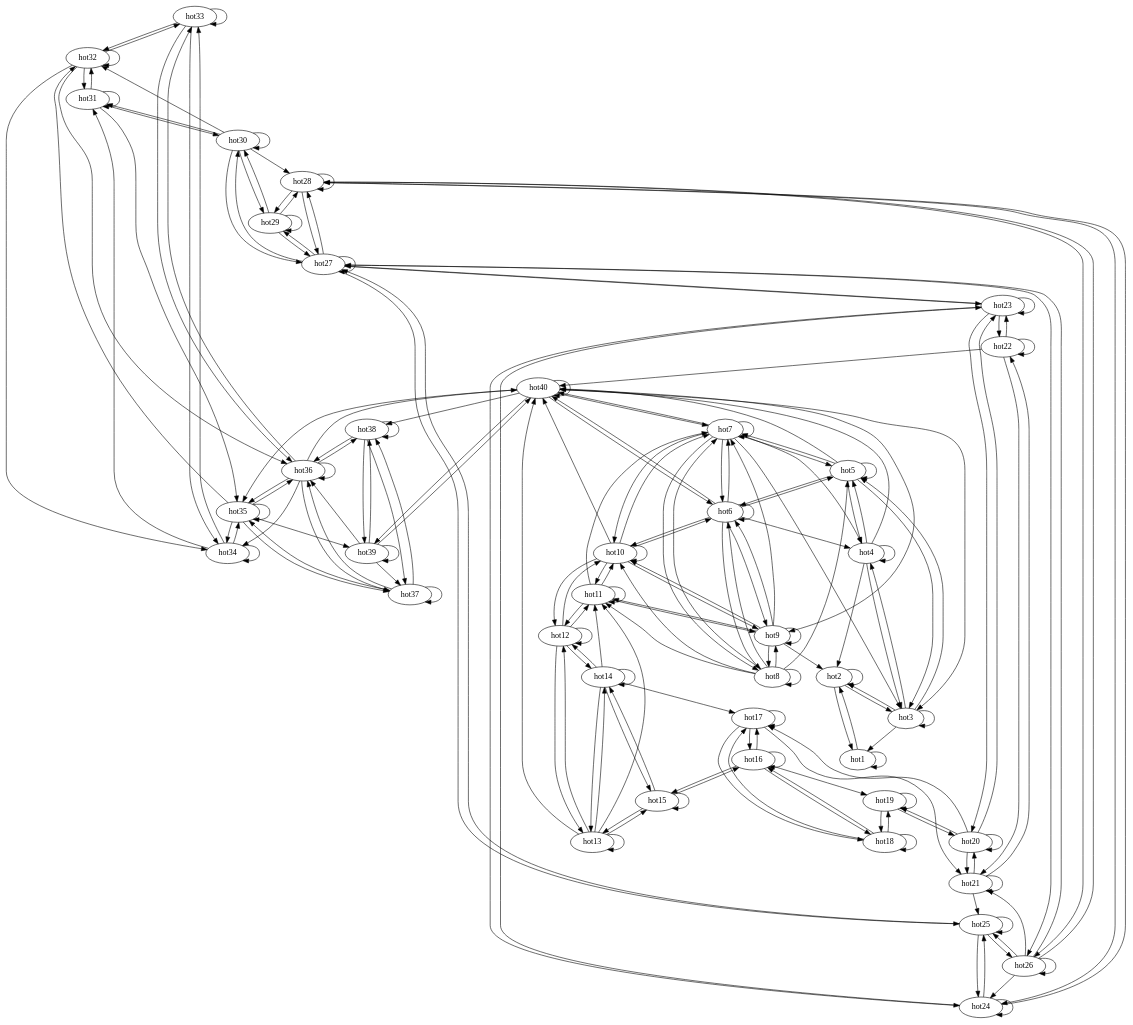
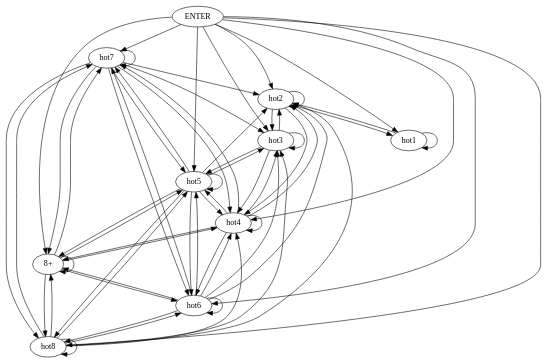
Before and after one commit to mattburg/Larry: the diagram in src/analysis/test.dot, drawn with Graphviz. The commit also changed 1 other file, not shown here.

```diff
--- a/src/analysis/test.dot
+++ b/src/analysis/test.dot
@@ -1,207 +1,66 @@
 digraph  {
-	hot33 -> hot32	 [weight=9];
-	hot33 -> hot34	 [weight=71];
-	hot33 -> hot33	 [weight=556];
-	hot33 -> hot36	 [weight=1];
-	hot14 -> hot11	 [weight=1];
-	hot14 -> hot13	 [weight=17];
-	hot14 -> hot15	 [weight=76];
-	hot14 -> hot17	 [weight=1];
-	hot14 -> hot14	 [weight=595];
-	hot14 -> hot12	 [weight=1];
-	hot13 -> hot40	 [weight=1];
-	hot13 -> hot11	 [weight=2];
-	hot13 -> hot13	 [weight=713];
-	hot13 -> hot15	 [weight=1];
-	hot13 -> hot14	 [weight=74];
-	hot13 -> hot12	 [weight=16];
-	hot12 -> hot10	 [weight=1];
-	hot12 -> hot11	 [weight=10];
-	hot12 -> hot13	 [weight=74];
-	hot12 -> hot14	 [weight=1];
-	hot12 -> hot12	 [weight=630];
-	hot37 -> hot38	 [weight=83];
-	hot37 -> hot35	 [weight=1];
-	hot37 -> hot37	 [weight=643];
-	hot37 -> hot36	 [weight=20];
-	hot36 -> hot40	 [weight=1];
-	hot36 -> hot34	 [weight=2];
-	hot36 -> hot33	 [weight=1];
-	hot36 -> hot38	 [weight=1];
-	hot36 -> hot35	 [weight=25];
-	hot36 -> hot37	 [weight=79];
-	hot36 -> hot36	 [weight=684];
-	hot17 -> hot16	 [weight=15];
-	hot17 -> hot17	 [weight=507];
-	hot17 -> hot21	 [weight=1];
-	hot17 -> hot18	 [weight=64];
-	hot30 -> hot30	 [weight=609];
-	hot30 -> hot31	 [weight=71];
-	hot30 -> hot32	 [weight=1];
-	hot30 -> hot29	 [weight=18];
-	hot30 -> hot27	 [weight=2];
-	hot30 -> hot28	 [weight=2];
-	hot15 -> hot16	 [weight=67];
-	hot15 -> hot13	 [weight=1];
-	hot15 -> hot15	 [weight=539];
-	hot15 -> hot14	 [weight=19];
-	hot32 -> hot31	 [weight=14];
-	hot32 -> hot32	 [weight=591];
-	hot32 -> hot34	 [weight=1];
-	hot32 -> hot33	 [weight=65];
-	hot32 -> hot36	 [weight=1];
-	hot19 -> hot19	 [weight=540];
-	hot19 -> hot20	 [weight=72];
-	hot19 -> hot18	 [weight=13];
-	hot18 -> hot19	 [weight=67];
-	hot18 -> hot16	 [weight=1];
-	hot18 -> hot17	 [weight=11];
-	hot18 -> hot18	 [weight=527];
-	hot39 -> hot40	 [weight=73];
-	hot39 -> hot38	 [weight=16];
-	hot39 -> hot39	 [weight=564];
-	hot39 -> hot37	 [weight=1];
-	hot39 -> hot36	 [weight=1];
-	hot38 -> hot38	 [weight=618];
-	hot38 -> hot39	 [weight=75];
-	hot38 -> hot37	 [weight=25];
-	hot38 -> hot36	 [weight=1];
-	hot40 -> hot7	 [weight=1];
-	hot40 -> hot40	 [weight=544];
-	hot40 -> hot9	 [weight=2];
-	hot40 -> hot6	 [weight=1];
-	hot40 -> hot38	 [weight=1];
-	hot40 -> hot35	 [weight=1];
-	hot40 -> hot39	 [weight=17];
-	hot40 -> hot3	 [weight=1];
-	hot6 -> hot7	 [weight=69];
-	hot6 -> hot40	 [weight=1];
-	hot6 -> hot8	 [weight=4];
-	hot6 -> hot10	 [weight=2];
-	hot6 -> hot9	 [weight=1];
-	hot6 -> hot4	 [weight=5];
-	hot6 -> hot6	 [weight=536];
-	hot6 -> hot5	 [weight=24];
-	hot26 -> hot26	 [weight=473];
-	hot26 -> hot24	 [weight=2];
-	hot26 -> hot21	 [weight=1];
-	hot26 -> hot27	 [weight=61];
-	hot26 -> hot25	 [weight=14];
-	hot26 -> hot28	 [weight=2];
-	hot27 -> hot30	 [weight=3];
-	hot27 -> hot26	 [weight=11];
-	hot27 -> hot23	 [weight=1];
-	hot27 -> hot29	 [weight=1];
-	hot27 -> hot27	 [weight=495];
-	hot27 -> hot25	 [weight=1];
-	hot27 -> hot28	 [weight=64];
-	hot24 -> hot23	 [weight=9];
-	hot24 -> hot24	 [weight=598];
-	hot24 -> hot25	 [weight=80];
-	hot24 -> hot28	 [weight=1];
-	hot25 -> hot26	 [weight=68];
-	hot25 -> hot24	 [weight=28];
-	hot25 -> hot27	 [weight=1];
-	hot25 -> hot25	 [weight=537];
-	hot22 -> hot22	 [weight=554];
-	hot22 -> hot40	 [weight=1];
-	hot22 -> hot23	 [weight=70];
-	hot22 -> hot21	 [weight=13];
-	hot23 -> hot22	 [weight=16];
-	hot23 -> hot23	 [weight=555];
-	hot23 -> hot24	 [weight=63];
-	hot23 -> hot20	 [weight=3];
-	hot23 -> hot27	 [weight=1];
-	hot20 -> hot19	 [weight=18];
-	hot20 -> hot23	 [weight=3];
-	hot20 -> hot20	 [weight=638];
-	hot20 -> hot17	 [weight=1];
-	hot20 -> hot21	 [weight=73];
-	hot21 -> hot22	 [weight=67];
-	hot21 -> hot20	 [weight=20];
-	hot21 -> hot21	 [weight=586];
-	hot21 -> hot25	 [weight=1];
-	hot28 -> hot26	 [weight=2];
-	hot28 -> hot24	 [weight=1];
-	hot28 -> hot29	 [weight=70];
-	hot28 -> hot27	 [weight=12];
-	hot28 -> hot28	 [weight=510];
-	hot29 -> hot30	 [weight=74];
-	hot29 -> hot29	 [weight=587];
-	hot29 -> hot27	 [weight=4];
-	hot29 -> hot28	 [weight=16];
-	hot7 -> hot7	 [weight=559];
-	hot7 -> hot40	 [weight=3];
-	hot7 -> hot8	 [weight=69];
-	hot7 -> hot10	 [weight=1];
-	hot7 -> hot4	 [weight=2];
-	hot7 -> hot6	 [weight=25];
-	hot7 -> hot3	 [weight=1];
-	hot7 -> hot5	 [weight=8];
-	hot35 -> hot32	 [weight=1];
-	hot35 -> hot34	 [weight=18];
-	hot35 -> hot35	 [weight=737];
-	hot35 -> hot39	 [weight=1];
-	hot35 -> hot37	 [weight=1];
-	hot35 -> hot36	 [weight=86];
-	hot5 -> hot7	 [weight=5];
-	hot5 -> hot40	 [weight=1];
-	hot5 -> hot4	 [weight=26];
-	hot5 -> hot6	 [weight=57];
-	hot5 -> hot3	 [weight=5];
-	hot5 -> hot5	 [weight=403];
-	hot4 -> hot40	 [weight=1];
-	hot4 -> hot4	 [weight=494];
-	hot4 -> hot2	 [weight=3];
-	hot4 -> hot3	 [weight=30];
-	hot4 -> hot5	 [weight=49];
-	hot3 -> hot4	 [weight=42];
-	hot3 -> hot1	 [weight=1];
-	hot3 -> hot2	 [weight=31];
-	hot3 -> hot3	 [weight=454];
-	hot3 -> hot5	 [weight=2];
-	hot2 -> hot1	 [weight=20];
-	hot2 -> hot2	 [weight=805];
-	hot2 -> hot3	 [weight=33];
-	hot1 -> hot1	 [weight=723];
-	hot1 -> hot2	 [weight=16];
-	hot34 -> hot31	 [weight=1];
-	hot34 -> hot34	 [weight=641];
-	hot34 -> hot33	 [weight=13];
-	hot34 -> hot35	 [weight=77];
-	hot11 -> hot7	 [weight=1];
-	hot11 -> hot10	 [weight=10];
-	hot11 -> hot9	 [weight=1];
-	hot11 -> hot11	 [weight=590];
-	hot11 -> hot12	 [weight=65];
-	hot9 -> hot7	 [weight=5];
-	hot9 -> hot8	 [weight=23];
-	hot9 -> hot10	 [weight=64];
-	hot9 -> hot9	 [weight=569];
-	hot9 -> hot11	 [weight=1];
-	hot9 -> hot6	 [weight=5];
-	hot9 -> hot2	 [weight=1];
-	hot8 -> hot7	 [weight=14];
-	hot8 -> hot8	 [weight=586];
-	hot8 -> hot10	 [weight=2];
-	hot8 -> hot9	 [weight=78];
-	hot8 -> hot11	 [weight=2];
-	hot8 -> hot6	 [weight=6];
-	hot8 -> hot5	 [weight=1];
-	hot10 -> hot7	 [weight=2];
-	hot10 -> hot40	 [weight=1];
-	hot10 -> hot10	 [weight=527];
-	hot10 -> hot9	 [weight=11];
-	hot10 -> hot11	 [weight=62];
-	hot10 -> hot6	 [weight=1];
-	hot10 -> hot12	 [weight=2];
-	hot31 -> hot30	 [weight=20];
-	hot31 -> hot31	 [weight=556];
-	hot31 -> hot32	 [weight=67];
-	hot31 -> hot35	 [weight=1];
-	hot16 -> hot19	 [weight=1];
-	hot16 -> hot16	 [weight=506];
-	hot16 -> hot15	 [weight=10];
-	hot16 -> hot17	 [weight=68];
-	hot16 -> hot18	 [weight=1];
+	hot7 -> hot2	 [weight=1];
+	hot7 -> hot8	 [weight=298];
+	hot7 -> hot3	 [weight=2];
+	hot7 -> hot7	 [weight=2616];
+	hot7 -> hot6	 [weight=80];
+	hot7 -> "8+"	 [weight=40];
+	hot7 -> hot4	 [weight=7];
+	hot7 -> hot5	 [weight=27];
+	"8+" -> hot8	 [weight=78];
+	"8+" -> hot7	 [weight=39];
+	"8+" -> hot6	 [weight=20];
+	"8+" -> "8+"	 [weight=96928];
+	"8+" -> hot4	 [weight=8];
+	"8+" -> hot5	 [weight=16];
+	hot5 -> hot2	 [weight=2];
+	hot5 -> hot8	 [weight=5];
+	hot5 -> hot3	 [weight=22];
+	hot5 -> hot7	 [weight=15];
+	hot5 -> hot6	 [weight=270];
+	hot5 -> "8+"	 [weight=10];
+	hot5 -> hot4	 [weight=142];
+	hot5 -> hot5	 [weight=2248];
+	hot4 -> hot2	 [weight=7];
+	hot4 -> hot3	 [weight=127];
+	hot4 -> hot7	 [weight=2];
+	hot4 -> hot6	 [weight=12];
+	hot4 -> "8+"	 [weight=4];
+	hot4 -> hot4	 [weight=2174];
+	hot4 -> hot5	 [weight=238];
+	hot3 -> hot2	 [weight=133];
+	hot3 -> hot3	 [weight=2441];
+	hot3 -> hot4	 [weight=168];
+	hot3 -> hot5	 [weight=6];
+	hot2 -> hot2	 [weight=2921];
+	hot2 -> hot3	 [weight=130];
+	hot2 -> hot1	 [weight=51];
+	hot2 -> hot4	 [weight=1];
+	hot1 -> hot2	 [weight=45];
+	hot1 -> hot1	 [weight=3375];
+	hot6 -> hot2	 [weight=2];
+	hot6 -> hot8	 [weight=14];
+	hot6 -> hot3	 [weight=4];
+	hot6 -> hot7	 [weight=268];
+	hot6 -> hot6	 [weight=2396];
+	hot6 -> "8+"	 [weight=30];
+	hot6 -> hot4	 [weight=27];
+	hot6 -> hot5	 [weight=110];
+	hot8 -> hot2	 [weight=1];
+	hot8 -> hot8	 [weight=2483];
+	hot8 -> hot3	 [weight=2];
+	hot8 -> hot7	 [weight=77];
+	hot8 -> hot6	 [weight=12];
+	hot8 -> "8+"	 [weight=323];
+	hot8 -> hot4	 [weight=2];
+	hot8 -> hot5	 [weight=11];
+	ENTER -> hot2	 [weight=8];
+	ENTER -> hot8	 [weight=49];
+	ENTER -> hot3	 [weight=28];
+	ENTER -> hot7	 [weight=66];
+	ENTER -> hot6	 [weight=78];
+	ENTER -> hot1	 [weight=4];
+	ENTER -> "8+"	 [weight=154];
+	ENTER -> hot4	 [weight=47];
+	ENTER -> hot5	 [weight=66];
 }
```
